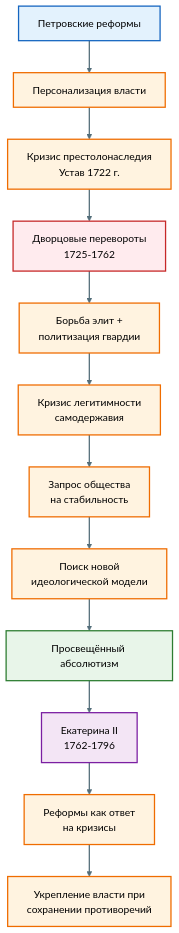
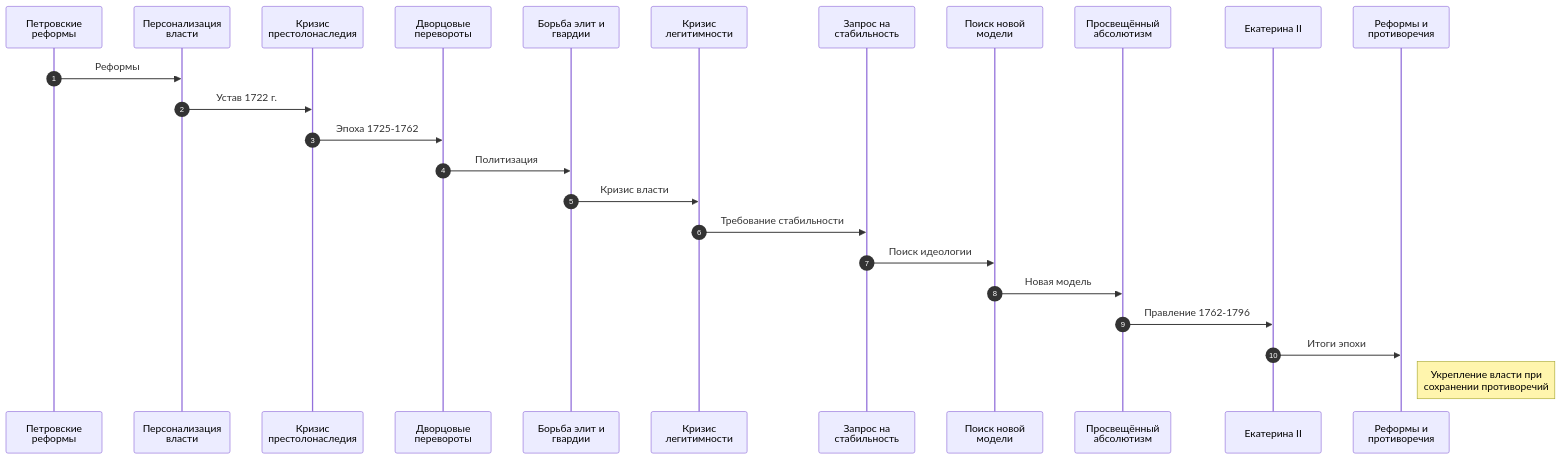
Before and after one commit to l1234-tech/pr-absolutism: the diagram in src/docs/index.md, drawn with Mermaid. The commit also changed other lines of this file and 9 other files, not shown here.

````diff
--- a/src/docs/index.md
+++ b/src/docs/index.md
@@ -78,30 +79,28 @@
 ```mermaid
-flowchart TD
-A[Петровские реформы] --> B[Персонализация власти]
-B --> C[Кризис престолонаследия<br/>Устав 1722 г.]
-C --> D[Дворцовые перевороты<br/>1725-1762]
-D --> E[Борьба элит +<br/>политизация гвардии]
-E --> F[Кризис легитимности<br/>самодержавия]
-F --> G[Запрос общества<br/>на стабильность]
-G --> H[Поиск новой<br/>идеологической модели]
-H --> I[Просвещённый абсолютизм]
-I --> J[Екатерина II<br/>1762-1796]
-J --> K[Реформы как ответ<br/>на кризисы]
-K --> L[Укрепление власти при<br/>сохранении противоречий]
+sequenceDiagram
+    autonumber
+    participant A as Петровские<br/>реформы
+    participant B as Персонализация<br/>власти
+    participant C as Кризис<br/>престолонаследия
+    participant D as Дворцовые<br/>перевороты
+    participant E as Борьба элит и<br/>гвардии
+    participant F as Кризис<br/>легитимности
+    participant G as Запрос на<br/>стабильность
+    participant H as Поиск новой<br/>модели
+    participant I as Просвещённый<br/>абсолютизм
+    participant J as Екатерина II
+    participant K as Реформы и<br/>противоречия
+
+    A->>B: Реформы
+    B->>C: Устав 1722 г.
+    C->>D: Эпоха 1725-1762
+    D->>E: Политизация
+    E->>F: Кризис власти
+    F->>G: Требование стабильности
+    G->>H: Поиск идеологии
+    H->>I: Новая модель
+    I->>J: Правление 1762-1796
+    J->>K: Итоги эпохи
     
-style A fill:#e3f2fd,stroke:#1565c0,stroke-width:2px,color:#000000
-style B fill:#fff3e0,stroke:#ef6c00,stroke-width:2px,color:#000000
-style C fill:#fff3e0,stroke:#ef6c00,stroke-width:2px,color:#000000
-style D fill:#ffebee,stroke:#c62828,stroke-width:2px,color:#000000
-style E fill:#fff3e0,stroke:#ef6c00,stroke-width:2px,color:#000000
-style F fill:#fff3e0,stroke:#ef6c00,stroke-width:2px,color:#000000
-style G fill:#fff3e0,stroke:#ef6c00,stroke-width:2px,color:#000000
-style H fill:#fff3e0,stroke:#ef6c00,stroke-width:2px,color:#000000
-style I fill:#e8f5e9,stroke:#2e7d32,stroke-width:2px,color:#000000
-style J fill:#f3e5f5,stroke:#7b1fa2,stroke-width:2px,color:#000000
-style K fill:#fff3e0,stroke:#ef6c00,stroke-width:2px,color:#000000
-style L fill:#fff3e0,stroke:#ef6c00,stroke-width:2px,color:#000000
-
-%% Стили для стрелок, чтобы их было видно на темном фоне
-linkStyle default stroke:#546e7a,stroke-width:2px;
+    note right of K: Укрепление власти при<br/>сохранении противоречий
 ```
````
